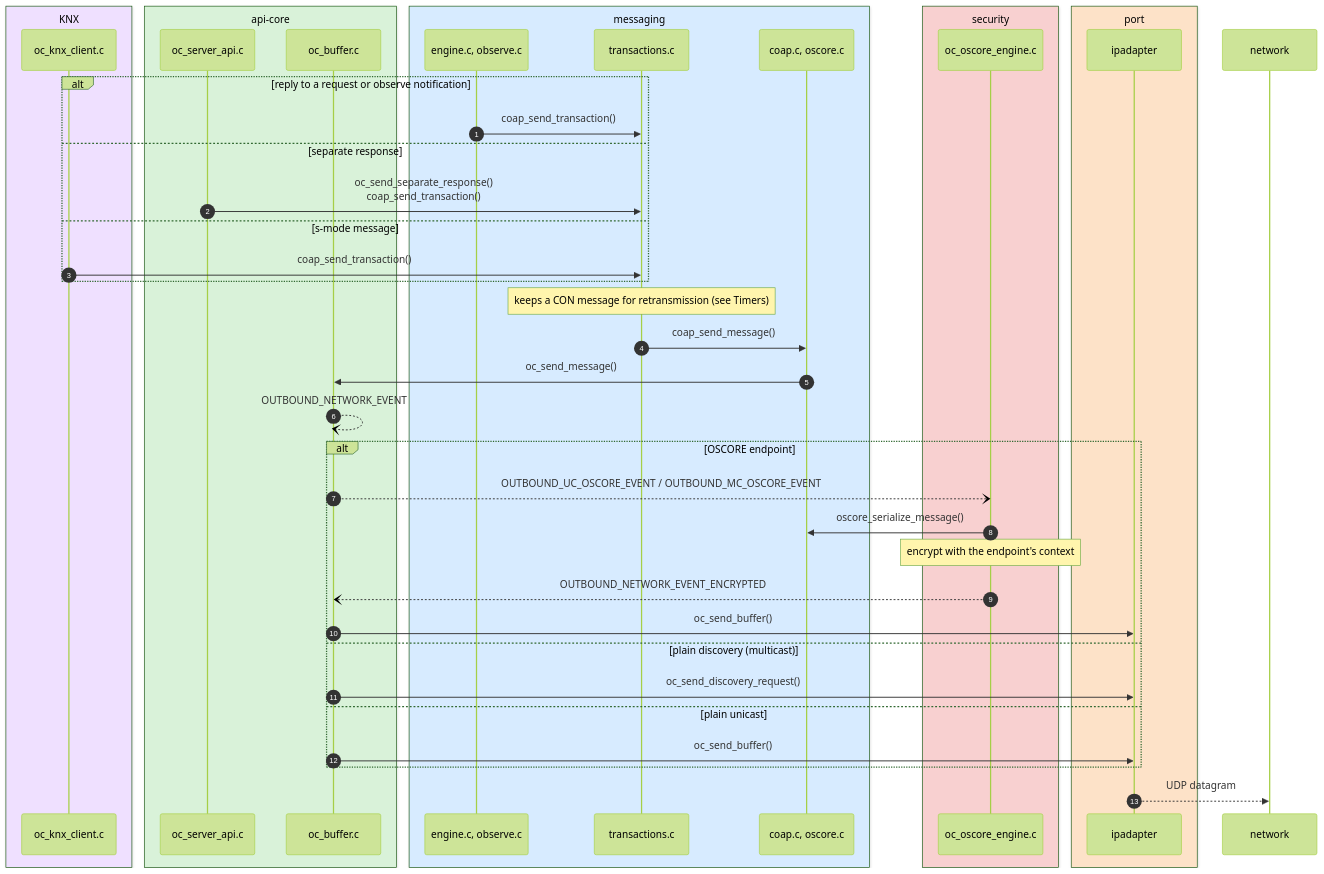
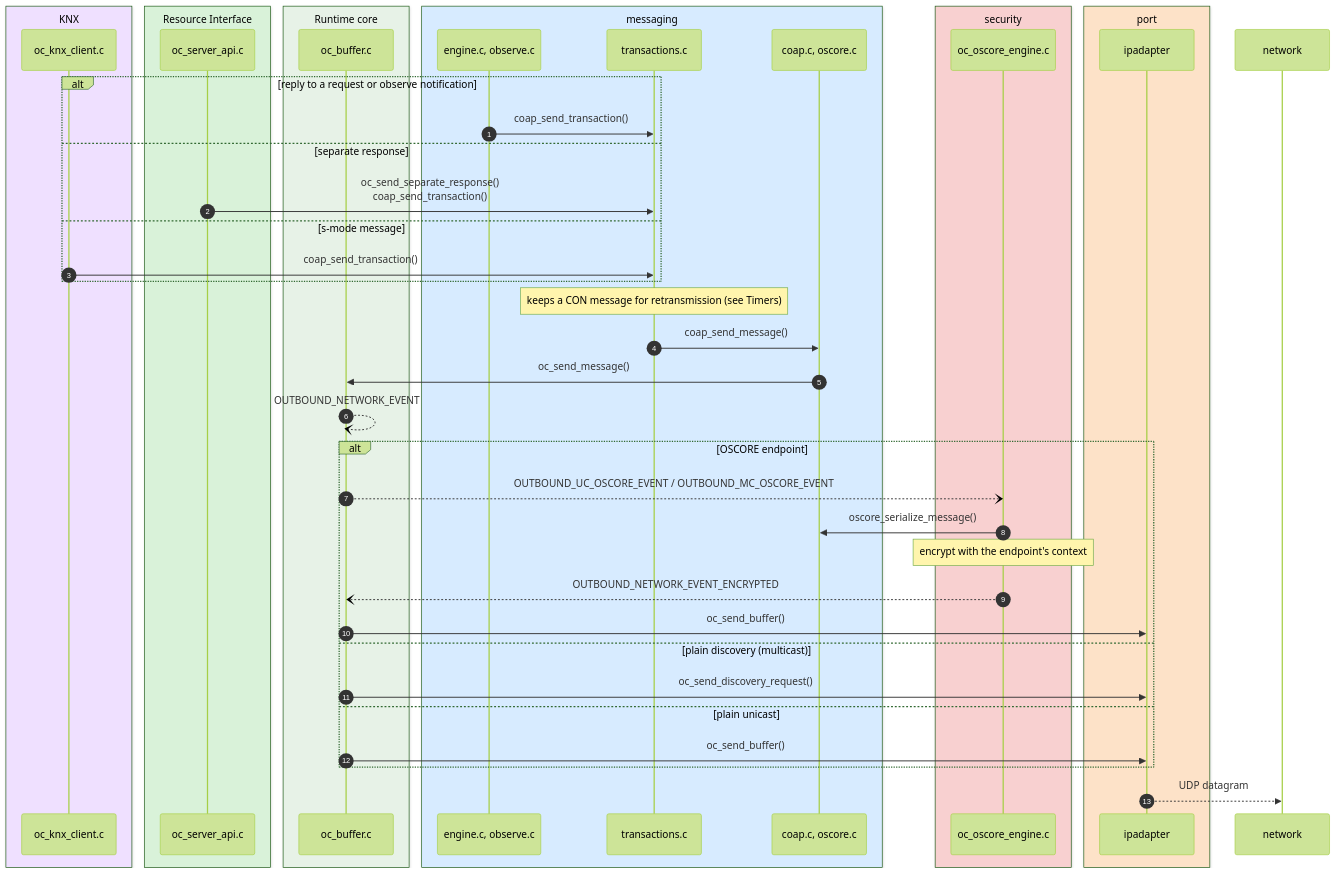
One commit to nrfconnect/sdk-knx-iot-point-api-stack changed the third of 7 diagrams in docs/software-design.md. Above: the diagram before and after it, drawn with Mermaid (forest theme). The commit also changed other lines of this file and 182 other files, not shown here.

````diff
--- a/docs/software-design.md
+++ b/docs/software-design.md
@@ -202,47 +218,49 @@
 ```mermaid
 sequenceDiagram
   autonumber
   box rgb(239,224,255) KNX
     participant KCLI as oc_knx_client.c
   end
-  box rgb(217,242,217) api-core
+  box rgb(217,242,217) Resource Interface
     participant SRV as oc_server_api.c
+  end
+  box rgb(231,242,231) Runtime core
     participant BUF as oc_buffer.c
   end
   box rgb(215,235,255) messaging
     participant ENG as engine.c, observe.c
     participant TRX as transactions.c
     participant COAP as coap.c, oscore.c
   end
   box rgb(248,208,208) security
     participant OSC as oc_oscore_engine.c
   end
   box rgb(253,226,200) port
     participant IP as ipadapter
   end
   participant N as network
 
   alt reply to a request or observe notification
     ENG->>TRX: coap_send_transaction()
   else separate response
     SRV->>TRX: oc_send_separate_response()<br/>coap_send_transaction()
   else s-mode message
     KCLI->>TRX: coap_send_transaction()
   end
   Note over TRX: keeps a CON message for retransmission (see Timers)
   TRX->>COAP: coap_send_message()
   COAP->>BUF: oc_send_message()
   BUF--)BUF: OUTBOUND_NETWORK_EVENT
   alt OSCORE endpoint
     BUF--)OSC: OUTBOUND_UC_OSCORE_EVENT / OUTBOUND_MC_OSCORE_EVENT
     OSC->>COAP: oscore_serialize_message()
     Note over OSC: encrypt with the endpoint's context
     OSC--)BUF: OUTBOUND_NETWORK_EVENT_ENCRYPTED
     BUF->>IP: oc_send_buffer()
   else plain discovery (multicast)
     BUF->>IP: oc_send_discovery_request()
   else plain unicast
     BUF->>IP: oc_send_buffer()
   end
   IP-->>N: UDP datagram
 ```
````
